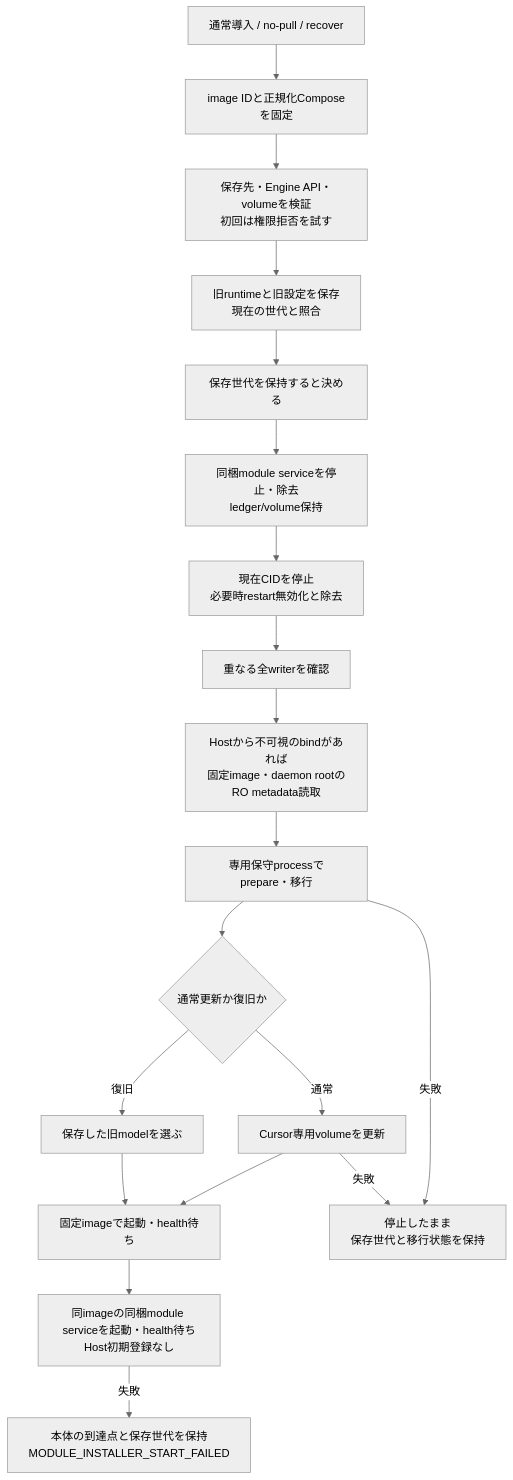
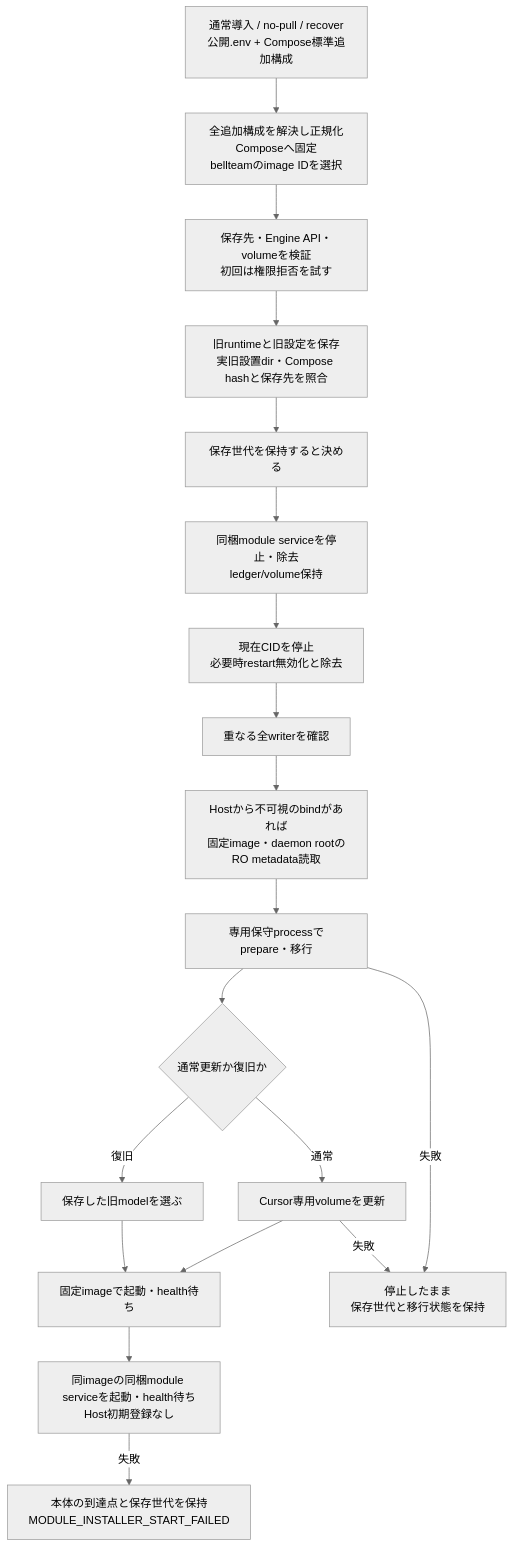
The first of 4 diagrams in docs/architecture/modules/runtime/recovery.md (kitepon/BellTeam), drawn with Mermaid (neutral theme) before and after one commit. The commit also changed other lines of this file and 8 other files, not shown here.

````diff
--- a/docs/architecture/modules/runtime/recovery.md
+++ b/docs/architecture/modules/runtime/recovery.md
@@ -9,21 +9,21 @@
 ```mermaid
 flowchart TD
-  Input["通常導入 / no-pull / recover"] --> Freeze["image IDと正規化Composeを固定"]
+  Input["通常導入 / no-pull / recover<br/>公開.env + Compose標準追加構成"] --> Freeze["全追加構成を解決し正規化Composeへ固定<br/>bellteamのimage IDを選択"]
   Freeze --> Storage["保存先・Engine API・volumeを検証<br/>初回は権限拒否を試す"]
-  Storage --> Previous["旧runtimeと旧設定を保存<br/>現在の世代と照合"]
+  Storage --> Previous["旧runtimeと旧設定を保存<br/>実旧設置dir・Compose hashと保存先を照合"]
   Previous --> Keep["保存世代を保持すると決める"]
   Keep --> BackendStop["同梱module serviceを停止・除去<br/>ledger/volume保持"]
   BackendStop --> Stop["現在CIDを停止<br/>必要時restart無効化と除去"]
   Stop --> Writers["重なる全writerを確認"]
   Writers --> Paths["Hostから不可視のbindがあれば<br/>固定image・daemon rootのRO metadata読取"]
   Paths --> Maintain["専用保守processでprepare・移行"]
   Maintain --> Mode{"通常更新か復旧か"}
   Mode -->|"通常"| Cursor["Cursor専用volumeを更新"]
   Mode -->|"復旧"| Old["保存した旧modelを選ぶ"]
   Cursor --> Start["固定imageで起動・health待ち"]
   Old --> Start
   Start --> Bundled["同imageの同梱module serviceを起動・health待ち<br/>Host初期登録なし"]
   Bundled -->|"失敗"| ModuleHalt["本体の到達点と保存世代を保持<br/>MODULE_INSTALLER_START_FAILED"]
   Maintain -->|"失敗"| Halt["停止したまま<br/>保存世代と移行状態を保持"]
   Cursor -->|"失敗"| Halt
 ```
````
